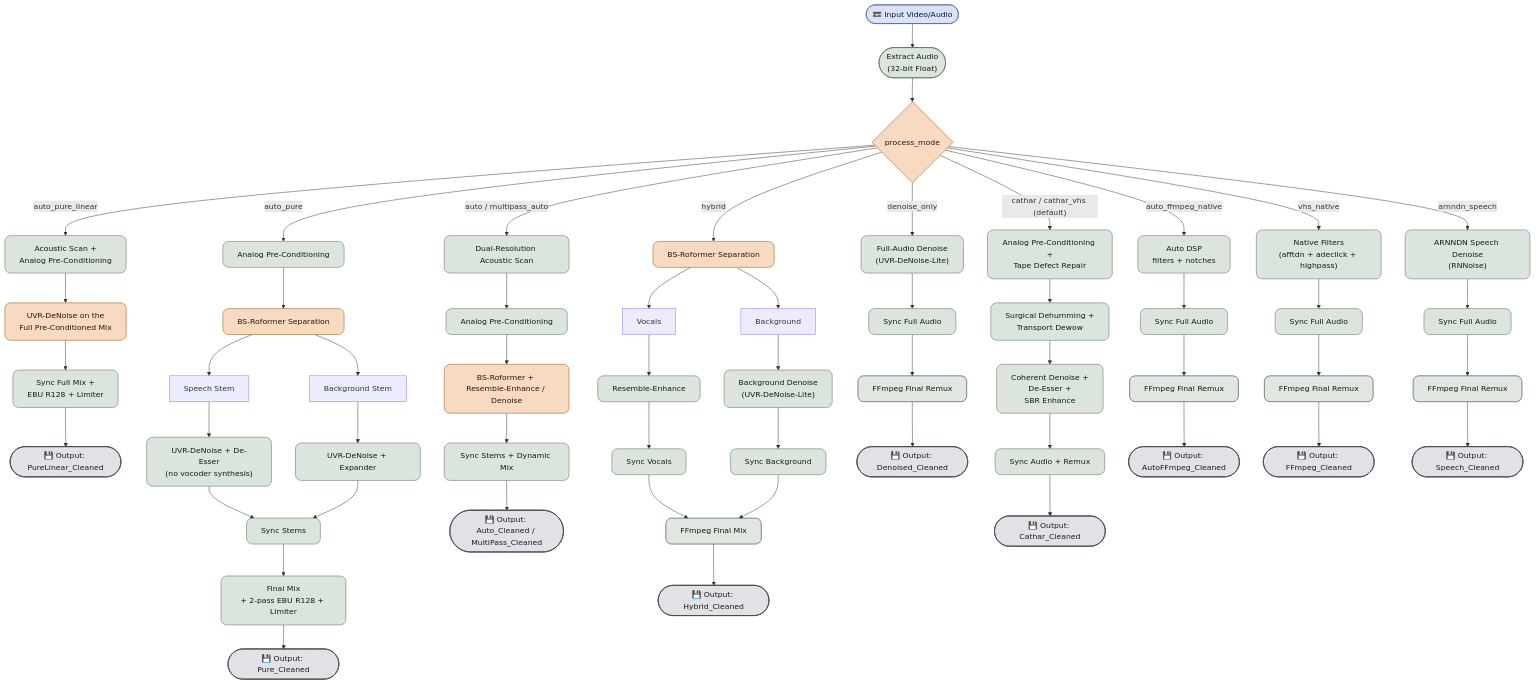
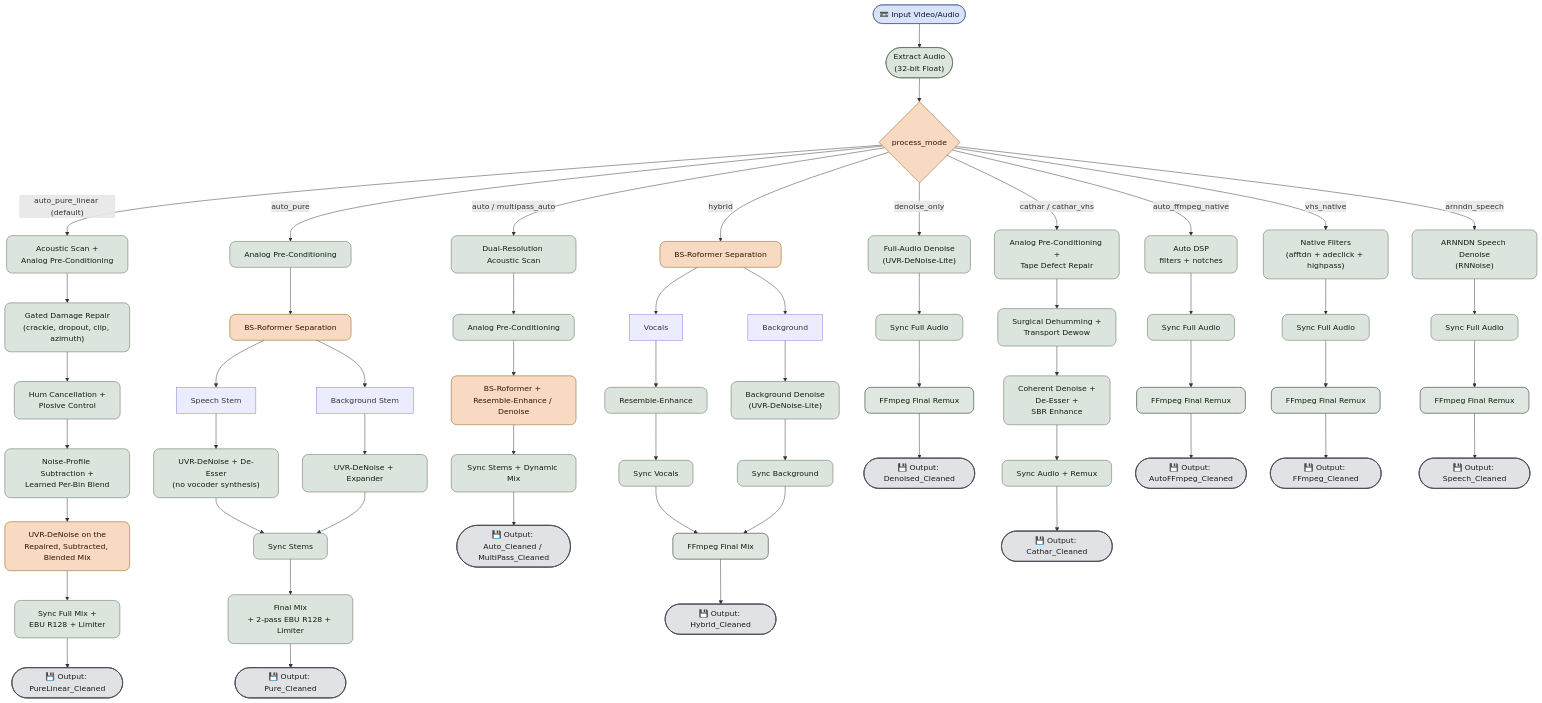
Before and after one commit to ventura8/AI-Hybrid-VHS-Audio-Restorer: the first of 2 diagrams in README.md, drawn with Mermaid. The commit also changed other lines of this file and 73 other files, not shown here.

````diff
--- a/README.md
+++ b/README.md
@@ -220,77 +229,80 @@
 ```mermaid
 flowchart TD
 %% Material You (Material 3) Muted Tonal Palette
 classDef input fill:#DAE2F9,stroke:#3F5F91,stroke-width:1px,color:#001B3E,rx:40,ry:40;
 classDef processing fill:#DCE5DD,stroke:#526350,stroke-width:1px,color:#101E10,rx:12,ry:12;
 classDef model fill:#F8DAC2,stroke:#825500,stroke-width:1px,color:#2D1600,rx:12,ry:12;
 classDef output fill:#E1E2E6,stroke:#44474E,stroke-width:1.5px,color:#1A1C1E,rx:40,ry:40;
 
 A(["📼 Input Video/Audio"]):::input --> B(["Extract Audio<br/>(32-bit Float)"]):::processing
 B --> MODE{"process_mode"}:::model
 
-MODE -->|"auto_pure_linear"| LP1["Acoustic Scan +<br/>Analog Pre-Conditioning"]:::processing
-LP1 --> LP2["UVR-DeNoise on the<br/>Full Pre-Conditioned Mix"]:::model
+MODE -->|"auto_pure_linear (default)"| LP1["Acoustic Scan +<br/>Analog Pre-Conditioning"]:::processing
+LP1 --> LPR["Gated Damage Repair<br/>(crackle, dropout, clip, azimuth)"]:::processing
+LPR --> LPH["Hum Cancellation +<br/>Plosive Control"]:::processing
+LPH --> LPS["Noise-Profile Subtraction +<br/>Learned Per-Bin Blend"]:::processing
+LPS --> LP2["UVR-DeNoise on the<br/>Repaired, Subtracted, Blended Mix"]:::model
 LP2 --> LP3["Sync Full Mix +<br/>EBU R128 + Limiter"]:::processing
 LP3 --> LPOUT(["💾 Output: PureLinear_Cleaned"]):::output
 
 MODE -->|"auto_pure"| PP["Analog Pre-Conditioning"]:::processing
 PP --> PS["BS-Roformer Separation"]:::model
 PS --> PV["Speech Stem"]
 PS --> PB["Background Stem"]
 PV --> PVD["UVR-DeNoise + De-Esser<br/>(no vocoder synthesis)"]:::processing
 PB --> PBD["UVR-DeNoise + Expander"]:::processing
 PVD --> PSY["Sync Stems"]:::processing
 PBD --> PSY
 PSY --> PMIX["Final Mix<br/>+ 2-pass EBU R128 + Limiter"]:::processing
 PMIX --> POUT(["💾 Output: Pure_Cleaned"]):::output
 
 MODE -->|"auto / multipass_auto"| AP1["Dual-Resolution Acoustic Scan"]:::processing
 AP1 --> AP2["Analog Pre-Conditioning"]:::processing
 AP2 --> AP3["BS-Roformer + Resemble-Enhance / Denoise"]:::model
 AP3 --> AP4["Sync Stems + Dynamic Mix"]:::processing
 AP4 --> APOUT(["💾 Output: Auto_Cleaned / MultiPass_Cleaned"]):::output
 
 MODE -->|"hybrid"| RO["BS-Roformer Separation"]:::model
 RO --> V["Vocals"]
 RO --> I["Background"]
 V --> VE["Resemble-Enhance"]:::processing
 I --> BD["Background Denoise<br/>(UVR-DeNoise-Lite)"]:::processing
 VE --> SV["Sync Vocals"]:::processing
 BD --> SB["Sync Background"]:::processing
 SV --> HMIX["FFmpeg Final Mix"]:::processing
 SB --> HMIX
 HMIX --> HOUT(["💾 Output: Hybrid_Cleaned"]):::output
 
 MODE -->|"denoise_only"| FD["Full-Audio Denoise<br/>(UVR-DeNoise-Lite)"]:::processing
 FD --> FS["Sync Full Audio"]:::processing
 FS --> FMUX["FFmpeg Final Remux"]:::processing
 FMUX --> FOUT(["💾 Output: Denoised_Cleaned"]):::output
 
-MODE -->|"cathar / cathar_vhs (default)"| CP1["Analog Pre-Conditioning +<br/>Tape Defect Repair"]:::processing
+MODE -->|"cathar / cathar_vhs"| CP1["Analog Pre-Conditioning +<br/>Tape Defect Repair"]:::processing
 CP1 --> CP2["Surgical Dehumming +<br/>Transport Dewow"]:::processing
 CP2 --> CP3["Coherent Denoise +<br/>De-Esser +<br/>SBR Enhance"]:::processing
 CP3 --> CP4["Sync Audio + Remux"]:::processing
 CP4 --> CPOUT(["💾 Output: Cathar_Cleaned"]):::output
 
 MODE -->|"auto_ffmpeg_native"| AFN["Auto DSP<br/>filters + notches"]:::processing
 AFN --> AFS["Sync Full Audio"]:::processing
 AFS --> AFMIX["FFmpeg Final Remux"]:::processing
 AFMIX --> AFOUT(["💾 Output: AutoFFmpeg_Cleaned"]):::output
 
 MODE -->|"vhs_native"| VN["Native Filters<br/>(afftdn + adeclick + highpass)"]:::processing
 VN --> VS["Sync Full Audio"]:::processing
 VS --> VMUX["FFmpeg Final Remux"]:::processing
 VMUX --> VOUT(["💾 Output: FFmpeg_Cleaned"]):::output
 
 MODE -->|"arnndn_speech"| SN["ARNNDN Speech Denoise<br/>(RNNoise)"]:::processing
 SN --> SS["Sync Full Audio"]:::processing
 SS --> SMUX["FFmpeg Final Remux"]:::processing
 SMUX --> SOUT(["💾 Output: Speech_Cleaned"]):::output
 
 %% Material You Subgraph Styling (Subtle Contours)
 style HMIX fill:#DCE5DD,stroke:#44474E,stroke-width:1.5px,opacity:0.9
 style FMUX fill:#DCE5DD,stroke:#44474E,stroke-width:1.5px,opacity:0.9
 style AFMIX fill:#DCE5DD,stroke:#44474E,stroke-width:1.5px,opacity:0.9
 style VMUX fill:#DCE5DD,stroke:#44474E,stroke-width:1.5px,opacity:0.9
 style SMUX fill:#DCE5DD,stroke:#44474E,stroke-width:1.5px,opacity:0.9
 ```
````
